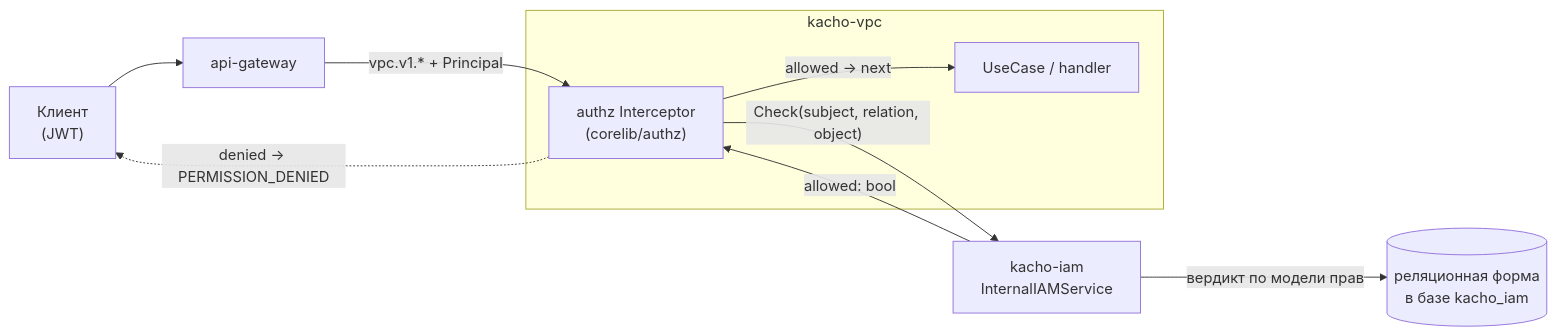
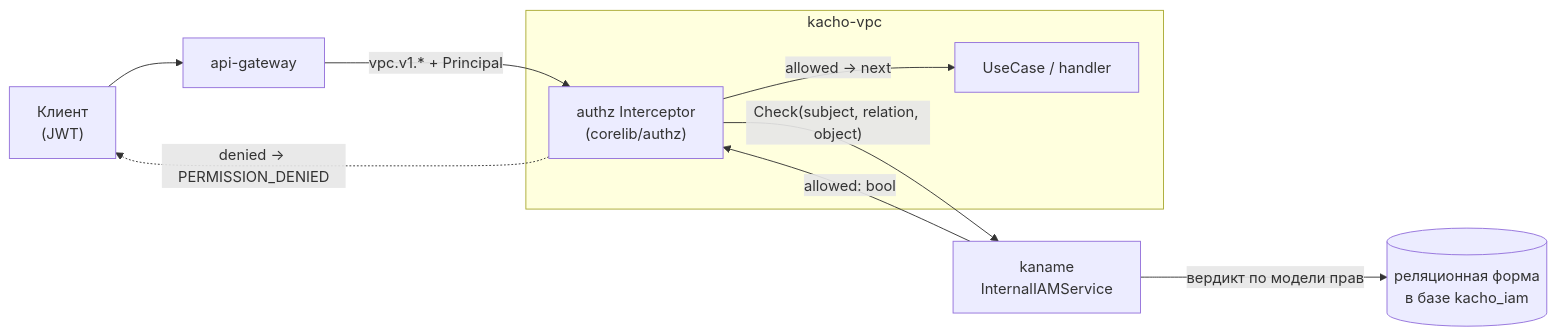
The first of 3 diagrams in services/vpc/docs/content/architecture/authz.mdx (PRO-Robotech/kacho), drawn with Mermaid before and after one commit. The commit also changed other lines of this file and 1011 other files, not shown here.

````diff
--- a/services/vpc/docs/content/architecture/authz.mdx
+++ b/services/vpc/docs/content/architecture/authz.mdx
@@ -36,14 +36,14 @@
 ```mermaid
 flowchart LR
   cli["Клиент<br/>(JWT)"] --> agw["api-gateway"]
   agw -->|"vpc.v1.* + Principal"| icpt
   subgraph vpc["kacho-vpc"]
     icpt["authz Interceptor<br/>(corelib/authz)"]
     uc["UseCase / handler"]
   end
-  icpt -->|"Check(subject, relation, object)"| iam["kacho-iam<br/>InternalIAMService"]
+  icpt -->|"Check(subject, relation, object)"| iam["kaname<br/>InternalIAMService"]
   iam -->|"вердикт по модели прав"| rel[("реляционная форма<br/>в базе kacho_iam")]
   iam -->|"allowed: bool"| icpt
   icpt -->|"allowed → next"| uc
   icpt -. "denied → PERMISSION_DENIED" .-> cli
 ```
````
